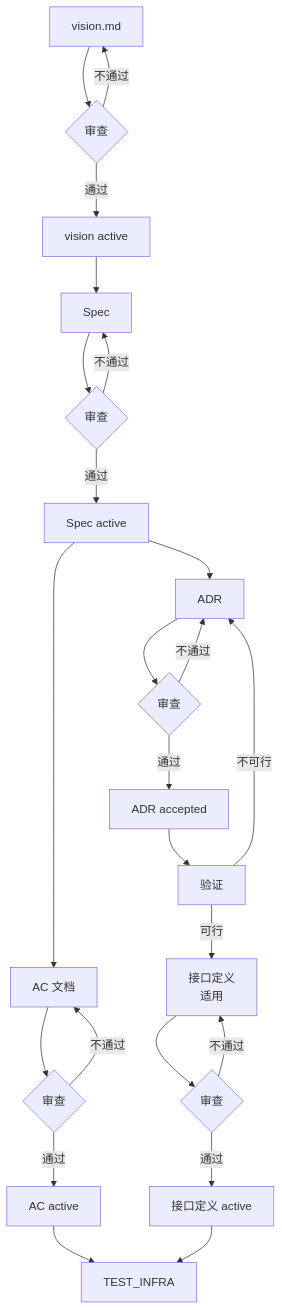
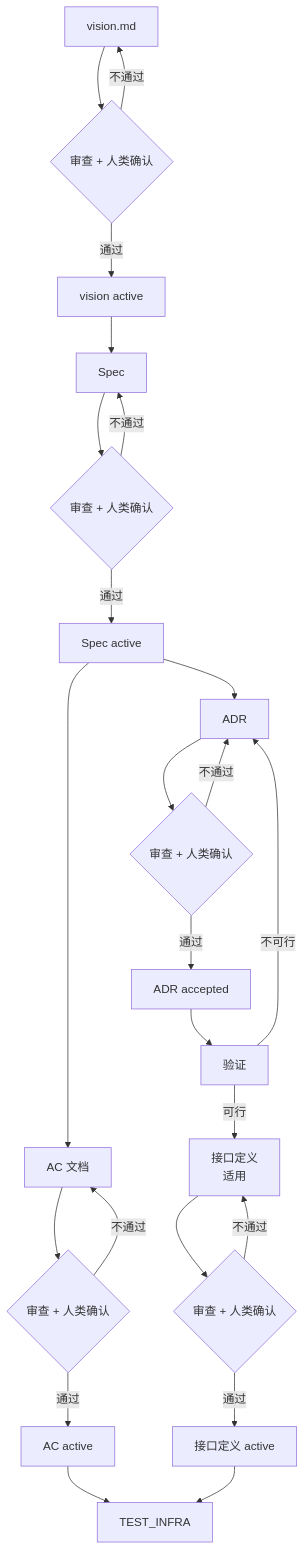
One commit to vlln/devloop changed the diagram in skills/devloop/references/phase-design.md. Above: the diagram before and after it, drawn with Mermaid. The commit also changed other lines of this file and 8 other files, not shown here.

````diff
--- a/skills/devloop/references/phase-design.md
+++ b/skills/devloop/references/phase-design.md
@@ -9,23 +13,23 @@
 ```mermaid
 flowchart TD
-    V[vision.md] --> VG{审查} -->|通过| VOK[vision active]
+    V[vision.md] --> VG{审查 + 人类确认} -->|通过| VOK[vision active]
     VG -->|不通过| V
     VOK --> DS[Spec]
-    DS --> DSG{审查} -->|通过| DSOK[Spec active]
+    DS --> DSG{审查 + 人类确认} -->|通过| DSOK[Spec active]
     DSG -->|不通过| DS
     DSOK --> AC[AC 文档]
     DSOK --> ADR[ADR]
-    AC --> ACG{审查}
-    ADR --> ADRG{审查}
+    AC --> ACG{审查 + 人类确认}
+    ADR --> ADRG{审查 + 人类确认}
     ACG -->|通过| ACOK[AC active]
     ADRG -->|通过| ADROK[ADR accepted]
     ACG -->|不通过| AC
     ADRG -->|不通过| ADR
     ADROK --> VERIFY[验证]
     VERIFY -->|可行| IF[接口定义<br/>适用]
     VERIFY -->|不可行| ADR
-    IF --> IFG{审查} -->|通过| IFOK[接口定义 active]
+    IF --> IFG{审查 + 人类确认} -->|通过| IFOK[接口定义 active]
     IFG -->|不通过| IF
     ACOK --> TST[TEST_INFRA]
     IFOK --> TST
 ```
````
